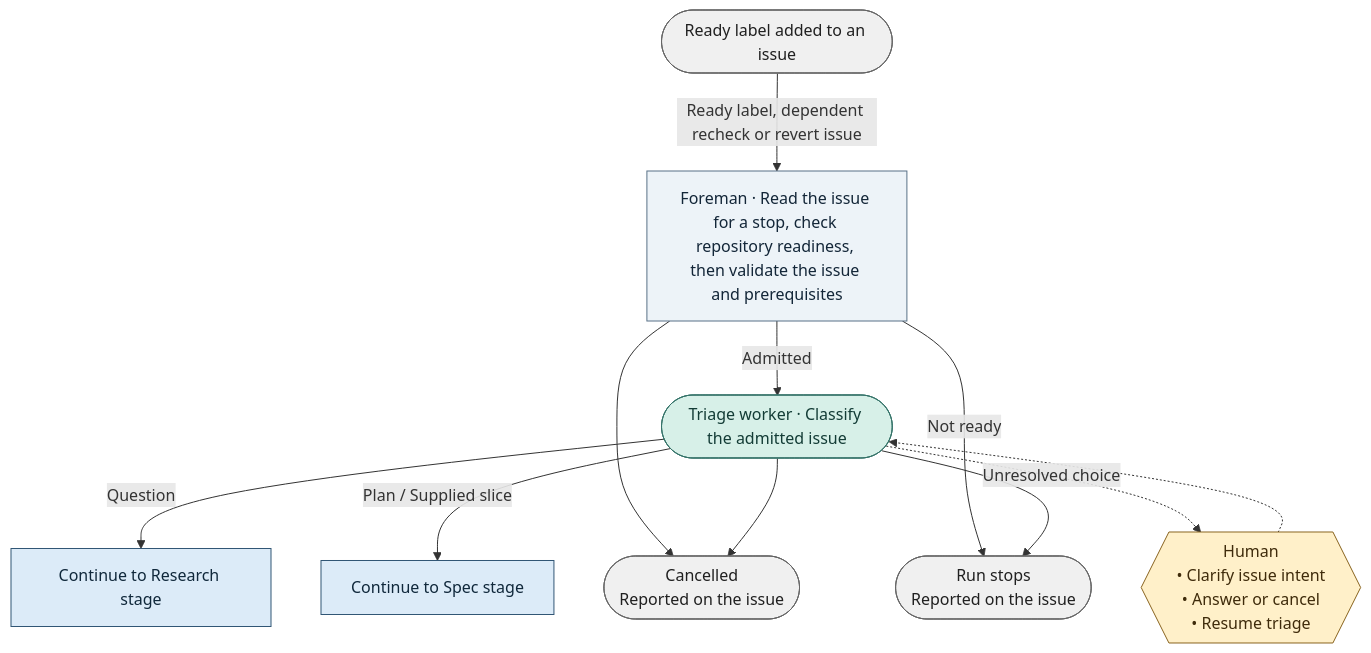
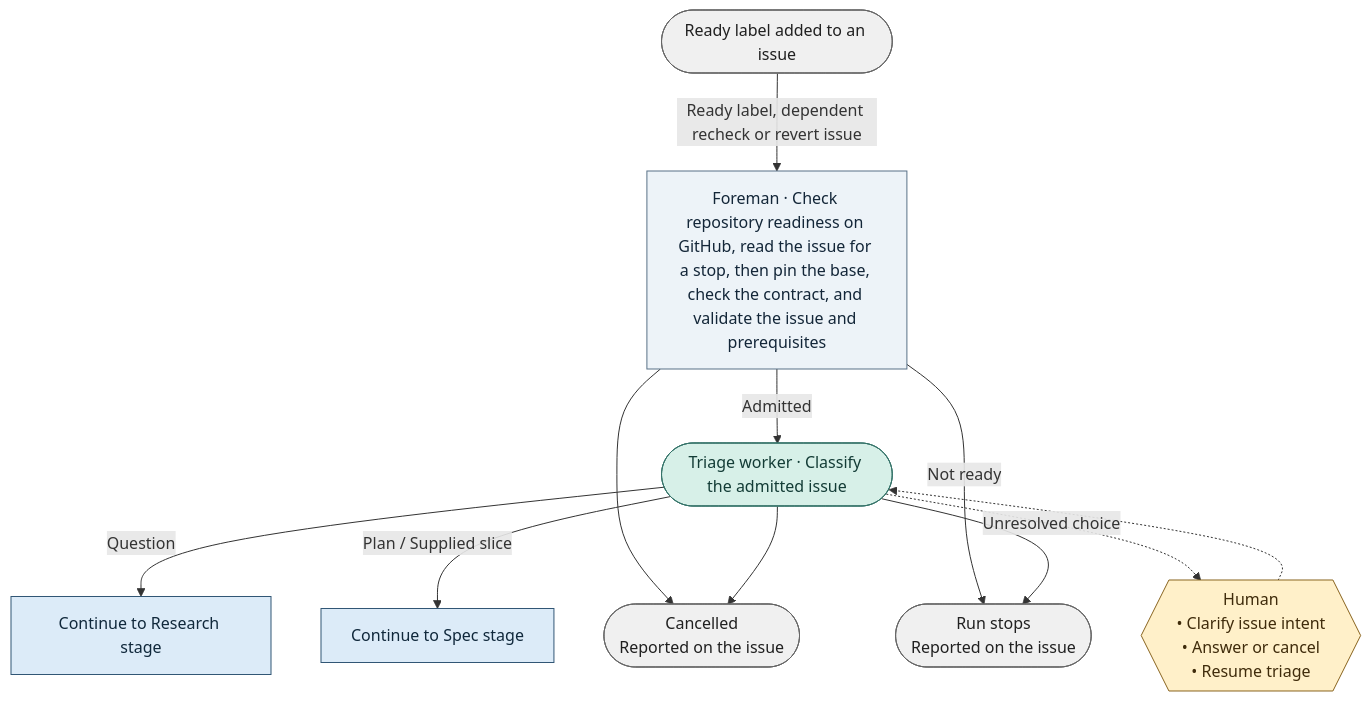
The diagram in docs/graph/blueprint/views/stages/triage.mmd (bookout-labs/tools), drawn with Mermaid before and after one commit. The commit also changed 5 other files, not shown here.

```diff
--- a/docs/graph/blueprint/views/stages/triage.mmd
+++ b/docs/graph/blueprint/views/stages/triage.mmd
@@ -1,24 +1,24 @@
 flowchart TD
     n0(["Ready label added to an issue"]):::terminal
-    n1["Foreman · Read the issue for a stop, check repository readiness, then validate the issue and prerequisites"]:::step
+    n1["Foreman · Check repository readiness on GitHub, read the issue for a stop, then pin the base, check the contract, and validate the issue and prerequisites"]:::step
     n2(["Triage worker · Classify the admitted issue"]):::worker
     n3(["Run stops<br/>Reported on the issue"]):::terminal
     n4(["Cancelled<br/>Reported on the issue"]):::terminal
     n5["Continue to Research stage"]:::stage
     n6["Continue to Spec stage"]:::stage
     n7{{"Human<br/>• Clarify issue intent<br/>• Answer or cancel<br/>• Resume triage"}}:::gate
     n0 -->|"Ready label, dependent recheck or revert issue"| n1
     n1 -->|"Admitted"| n2
     n1 -->|"Not ready"| n3
     n1 --> n4
     n2 -->|"Question"| n5
     n2 -->|"Plan / Supplied slice"| n6
     n2 --> n4
     n2 --> n3
     n2 -.->|"Unresolved choice"| n7
     n7 -.-> n2
     classDef stage fill:#dcebf8,stroke:#315675,color:#10283b
     classDef step fill:#edf3f8,stroke:#597187,color:#132638
     classDef worker fill:#d7f0e8,stroke:#357369,color:#133c36
     classDef gate fill:#fff0c9,stroke:#89641f,color:#3f2b0b
     classDef terminal fill:#f0f0f0,stroke:#666666,color:#202020
```
